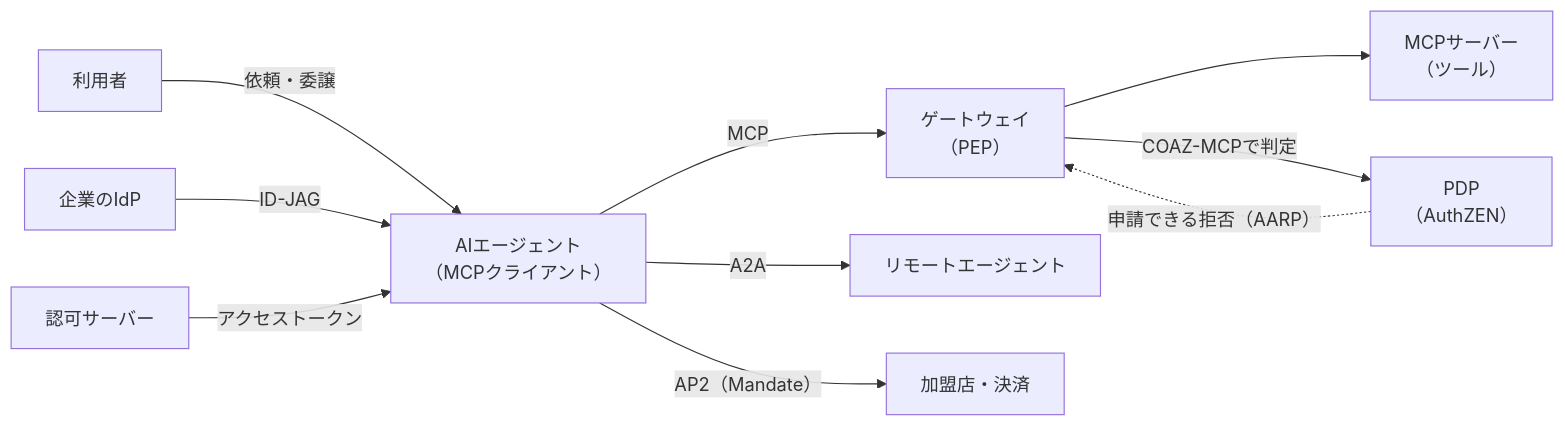
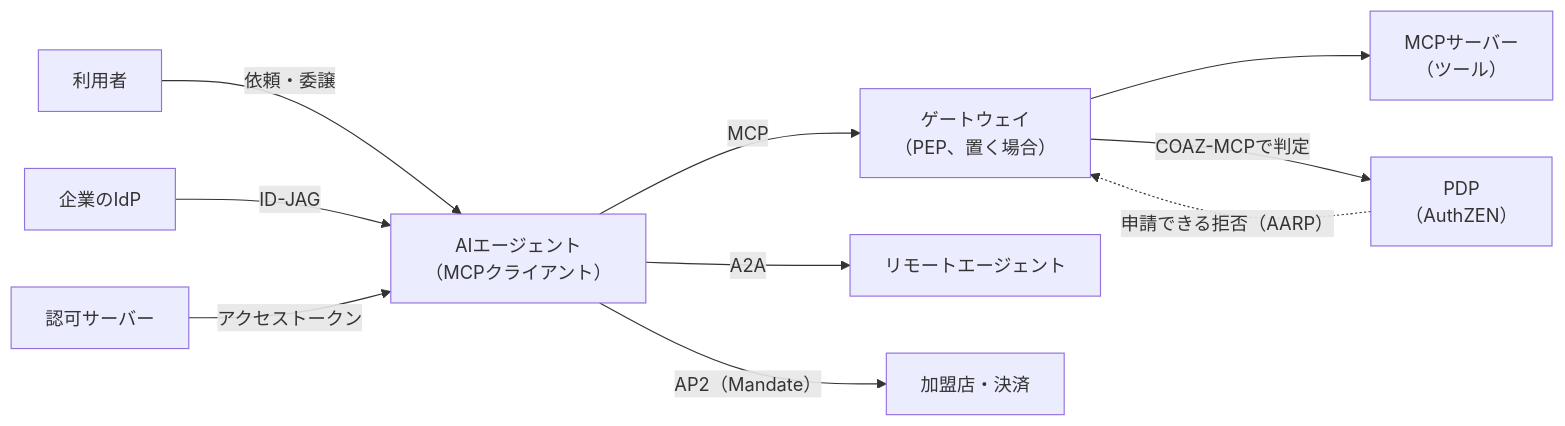
The first of 3 diagrams in content/ja/posts/authorization-for-ai-agents.md (bmf-san/bmf-tech), drawn with Mermaid before and after one commit. The commit also changed other lines of this file and 1 other file, not shown here.

First line of the commit message:
fix: AIエージェントの認可の記事の図・表・まとめを本文と AIMS・COAZ-MCP に合わせる

````diff
--- a/content/ja/posts/authorization-for-ai-agents.md
+++ b/content/ja/posts/authorization-for-ai-agents.md
@@ -85,21 +85,21 @@
 ```mermaid
 flowchart LR
     U["利用者"]
     IDP["企業のIdP"]
     A["AIエージェント<br/>（MCPクライアント）"]
     AS["認可サーバー"]
-    G["ゲートウェイ<br/>（PEP）"]
+    G["ゲートウェイ<br/>（PEP、置く場合）"]
     PDP["PDP<br/>（AuthZEN）"]
     T["MCPサーバー<br/>（ツール）"]
     RA["リモートエージェント"]
     PAY["加盟店・決済"]
 
     U -- "依頼・委譲" --> A
     IDP -- "ID-JAG" --> A
     AS -- "アクセストークン" --> A
     A -- "MCP" --> G --> T
     G -- "COAZ-MCPで判定" --> PDP
     PDP -. "申請できる拒否（AARP）" .-> G
     A -- "A2A" --> RA
     A -- "AP2（Mandate）" --> PAY
 ```
````
